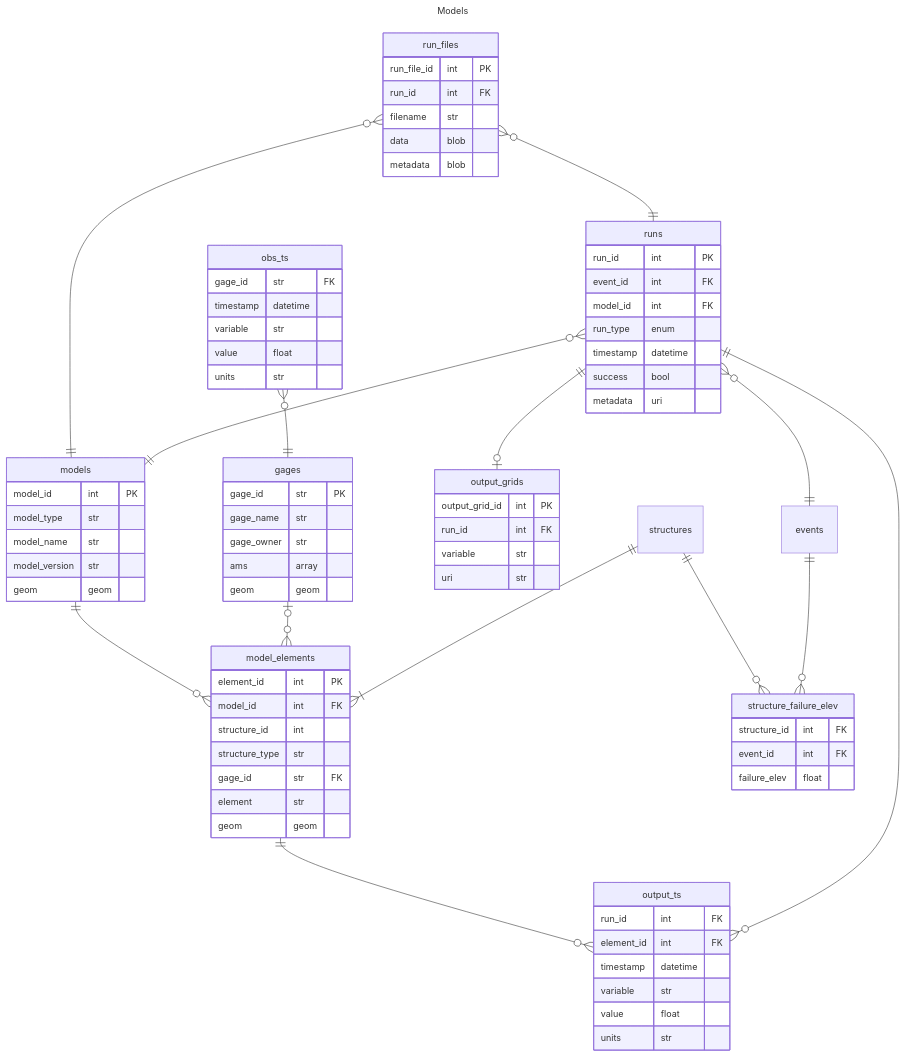
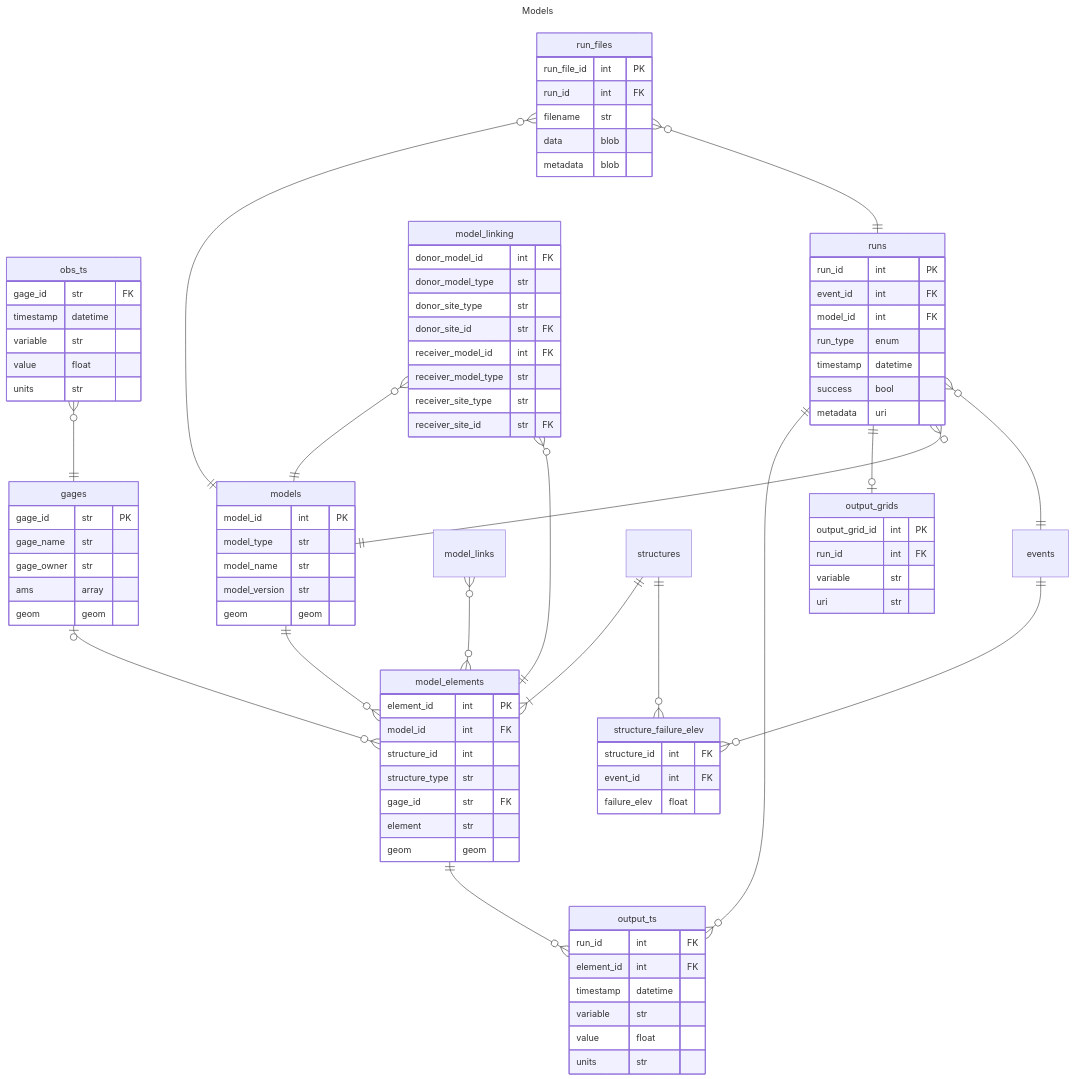
One commit to fema-ffrd/ffrd-data-model changed the diagram in rdb/models.mmd. Above: the diagram before and after it, drawn with Mermaid.

Commit message:
model linking

```diff
--- a/rdb/models.mmd
+++ b/rdb/models.mmd
@@ -1,89 +1,102 @@
 ---
 title: Models
 ---
 
 erDiagram
 
     obs_ts }o--|| gages : ""
     models ||--o{ model_elements : ""
     model_elements ||--o{ output_ts : ""
+    model_links }o--o{ model_elements : ""
     run_files }o--|| models : ""
     run_files }o--|| runs : ""
     gages |o--o{ model_elements : ""
     runs ||--o{ output_ts : ""
     runs ||--o| output_grids : ""
     structures ||--|{ model_elements : ""
     structures ||--o{ structure_failure_elev : ""
     events ||--o{ structure_failure_elev : ""
     runs }o--|| models : ""
     runs }o--|| events : ""
+    model_linking }o--|| models : ""
+    model_linking }o--|| model_elements : ""
 
     events {
        }
     gages {
         gage_id str PK
         gage_name str
         gage_owner str
         ams array
         geom geom
     }
     models {
         model_id int PK
         model_type str
         model_name str
         model_version str
         geom geom
     }
     model_elements {
         element_id int PK
         model_id int FK
         structure_id int
         structure_type str
         gage_id str FK
         element str
         geom geom
+    }
+    model_linking {
+        donor_model_id int FK
+        donor_model_type str
+        donor_site_type str
+        donor_site_id str FK
+        receiver_model_id int FK
+        receiver_model_type str
+        receiver_site_type str
+        receiver_site_id str FK
     }
     run_files {
         run_file_id int PK
         run_id int FK
         filename str
         data blob
         metadata blob
     }
     output_ts {
         run_id int FK
         element_id int FK
         timestamp datetime
         variable str
         value float
         units str
     }
     output_grids {
         output_grid_id int PK
         run_id int FK
         variable str
         uri str
     }
     obs_ts {
         gage_id str FK
         timestamp datetime
         variable str
         value float
         units str
     }
     structures {
     }
     runs {
         run_id int PK
         event_id int FK
         model_id int FK
         run_type enum
         timestamp datetime
         success bool
         metadata uri
     }
     structure_failure_elev {
         structure_id int FK
         event_id int FK
         failure_elev float
     }
```
